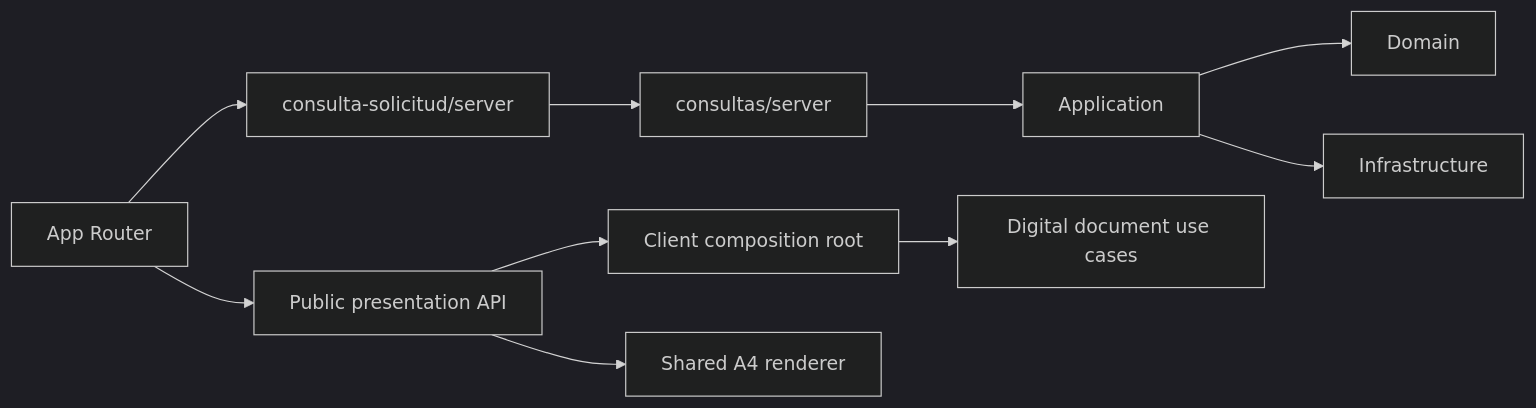
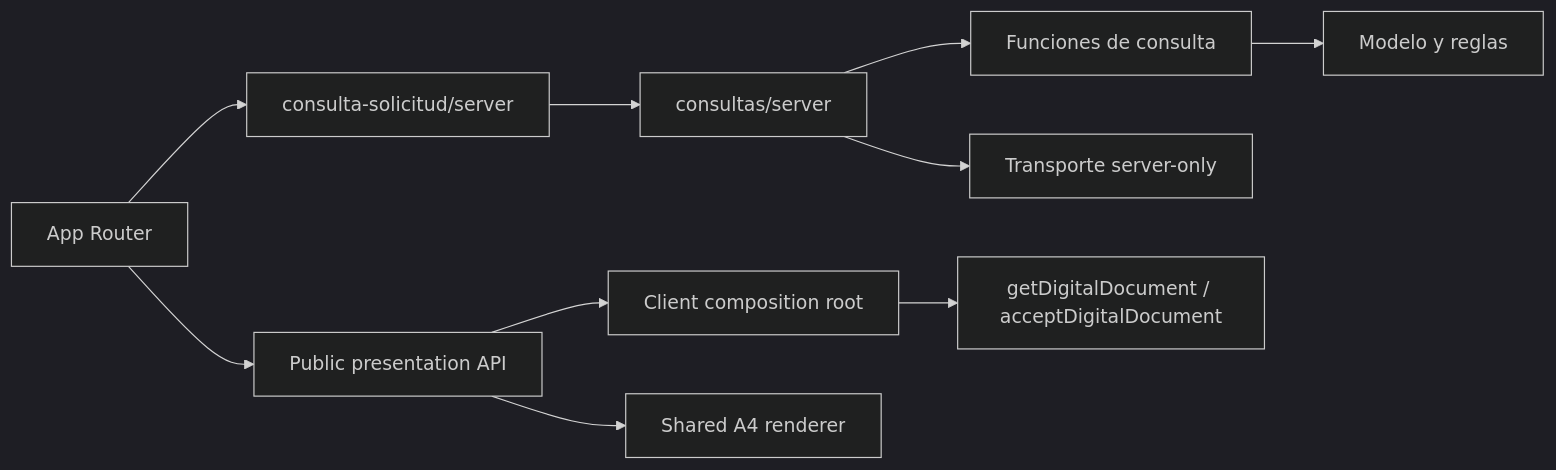
Before and after one commit to luismiguelgs/ciunac-sol-1.3: the diagram in docs/architecture/adr/018-modular-request-consultation.md, drawn with Mermaid (dark theme). The commit also changed other lines of this file and 431 other files, not shown here.

````diff
--- a/docs/architecture/adr/018-modular-request-consultation.md
+++ b/docs/architecture/adr/018-modular-request-consultation.md
@@ -34,12 +34,12 @@
 ```mermaid
 flowchart LR
     Route["App Router"] --> Public["consulta-solicitud/server"]
     Public --> Query["consultas/server"]
-    Query --> UseCase["Application"]
-    UseCase --> Domain["Domain"]
-    UseCase --> Gateway["Infrastructure"]
+    Query --> UseCase["Funciones de consulta"]
+    UseCase --> Domain["Modelo y reglas"]
+    Query --> Gateway["Transporte server-only"]
     Route --> View["Public presentation API"]
     View --> Client["Client composition root"]
-    Client --> Digital["Digital document use cases"]
+    Client --> Digital["getDigitalDocument / acceptDigitalDocument"]
     View --> Cargo["Shared A4 renderer"]
 ```
````
